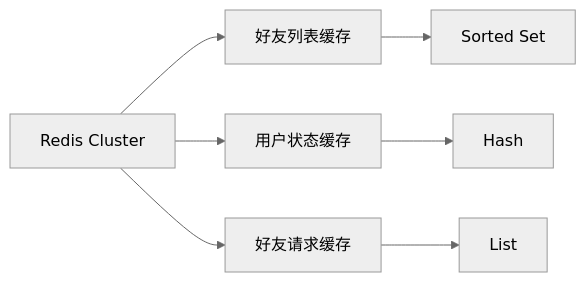
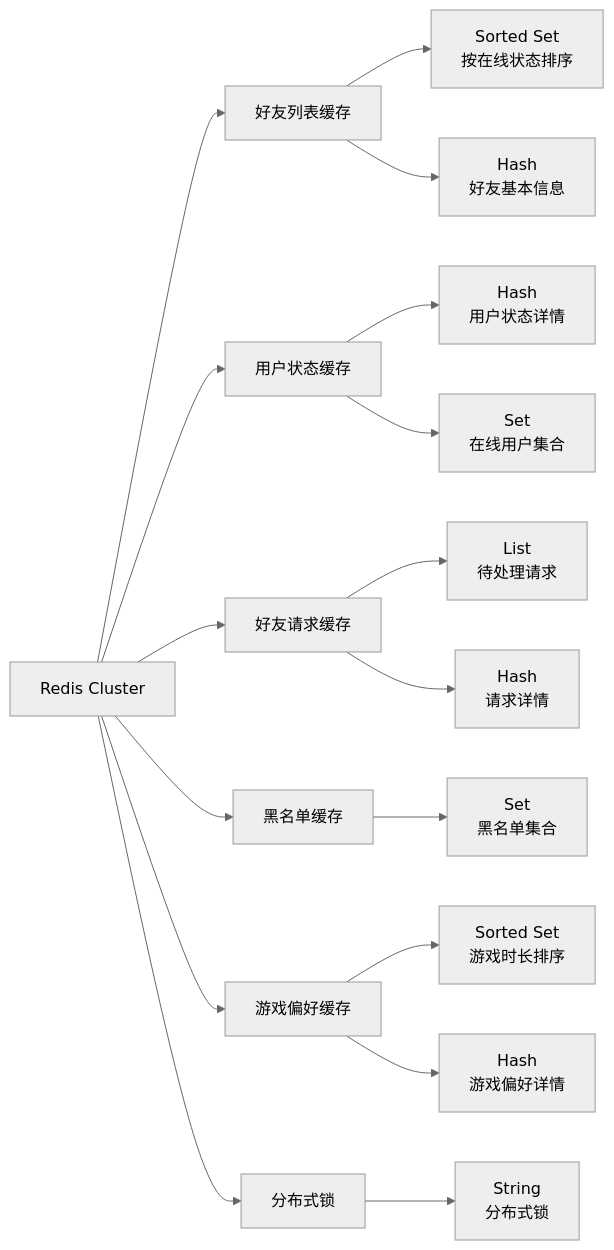
Before and after one commit to qing358/friend-module: the second of 8 diagrams in demand.md, drawn with Mermaid (neutral theme). The commit also changed other lines of this file, not shown here.

````diff
--- a/demand.md
+++ b/demand.md
@@ -266,9 +406,25 @@
 ```mermaid
 graph LR
     A[Redis Cluster] --> B[好友列表缓存]
     A --> C[用户状态缓存]
     A --> D[好友请求缓存]
-    B --> E[Sorted Set]
-    C --> F[Hash]
-    D --> G[List]
+    A --> E[黑名单缓存]
+    A --> F[游戏偏好缓存]
+    A --> G[分布式锁]
+    
+    B --> B1[Sorted Set<br>按在线状态排序]
+    B --> B2[Hash<br>好友基本信息]
+    
+    C --> C1[Hash<br>用户状态详情]
+    C --> C2[Set<br>在线用户集合]
+    
+    D --> D1[List<br>待处理请求]
+    D --> D2[Hash<br>请求详情]
+    
+    E --> E1[Set<br>黑名单集合]
+    
+    F --> F1[Sorted Set<br>游戏时长排序]
+    F --> F2[Hash<br>游戏偏好详情]
+    
+    G --> G1[String<br>分布式锁]
 ```
````
